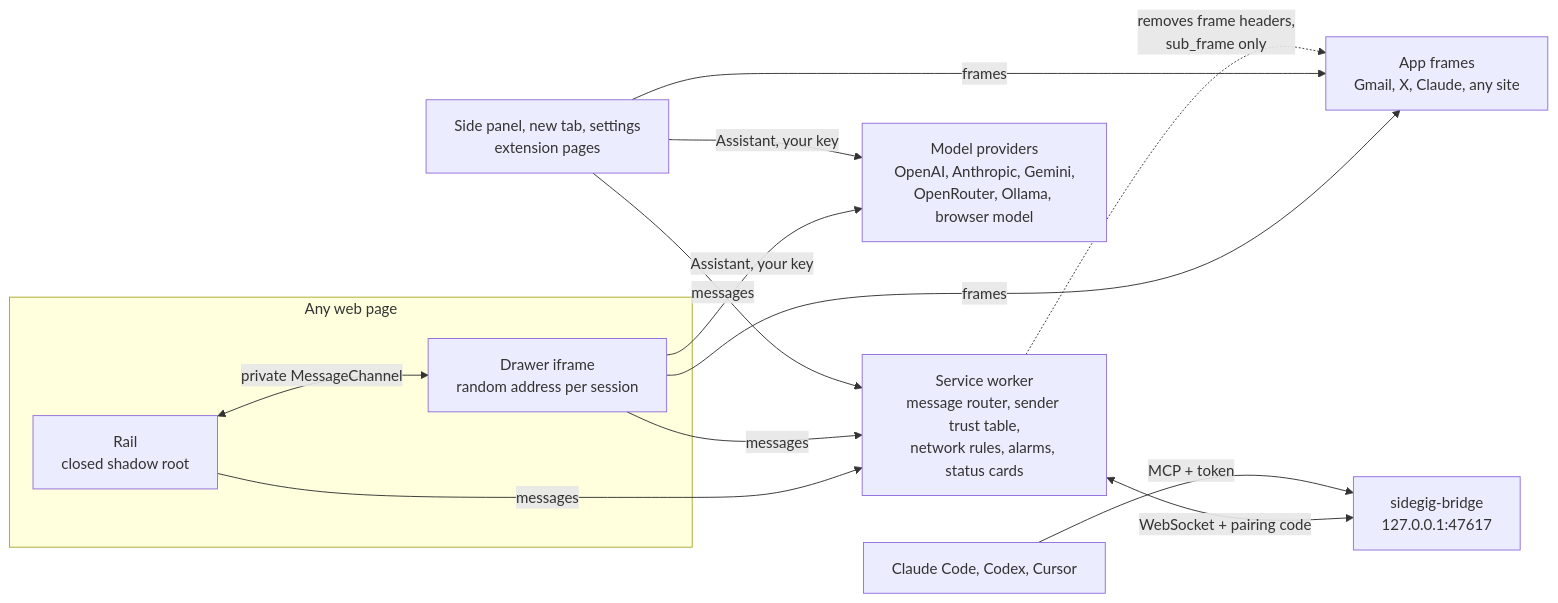
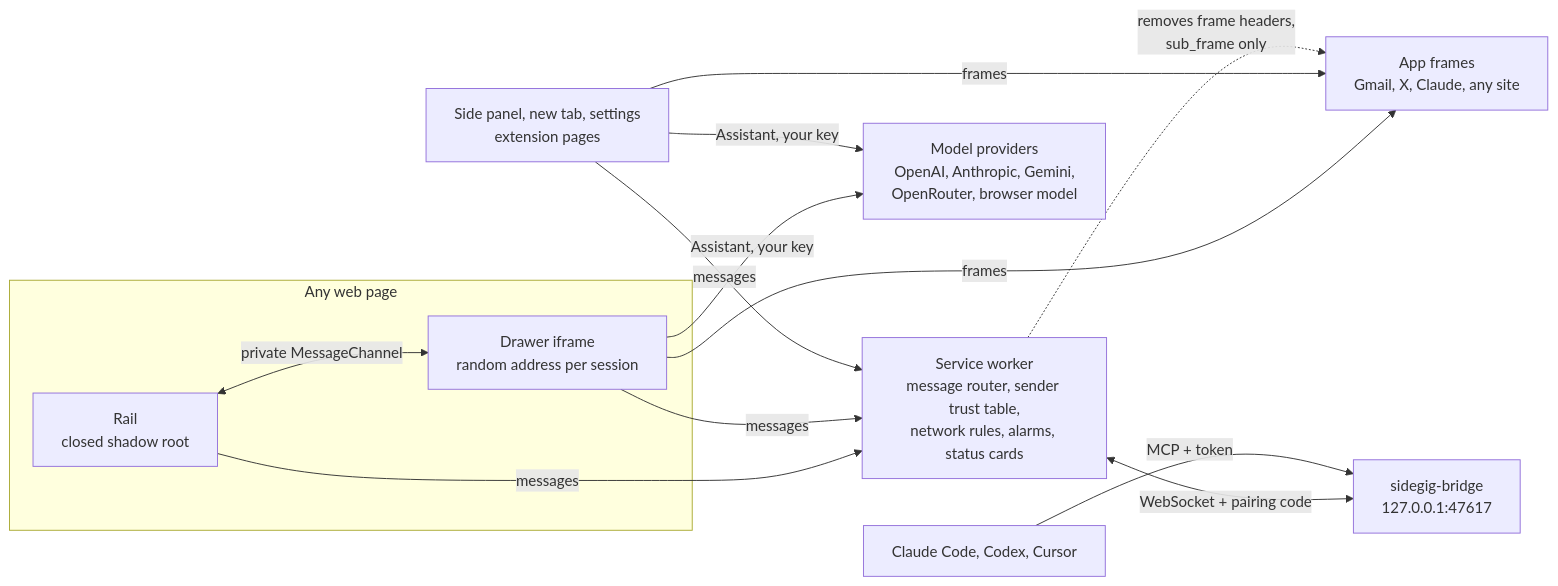
Before and after one commit to neerajbhargav/sidegig: the diagram in README.md, drawn with Mermaid. The commit also changed other lines of this file and 19 other files, not shown here.

First line of the commit message:
Remove local model support (Ollama, LM Studio, servers on this computer)

````diff
--- a/README.md
+++ b/README.md
@@ -41,24 +41,24 @@
 ```mermaid
 flowchart LR
   subgraph page["Any web page"]
     rail["Rail<br/>closed shadow root"]
     drawer["Drawer iframe<br/>random address per session"]
   end
   ui["Side panel, new tab, settings<br/>extension pages"]
   sw["Service worker<br/>message router, sender trust table,<br/>network rules, alarms, status cards"]
   apps["App frames<br/>Gmail, X, Claude, any site"]
-  llm["Model providers<br/>OpenAI, Anthropic, Gemini,<br/>OpenRouter, Ollama, browser model"]
+  llm["Model providers<br/>OpenAI, Anthropic, Gemini,<br/>OpenRouter, browser model"]
   bridge["sidegig-bridge<br/>127.0.0.1:47617"]
   agents["Claude Code, Codex, Cursor"]
   rail <-->|private MessageChannel| drawer
   rail -->|messages| sw
   drawer -->|messages| sw
   ui -->|messages| sw
   drawer -->|frames| apps
   ui -->|frames| apps
   sw -.->|"removes frame headers,<br/>sub_frame only"| apps
   drawer -->|"Assistant, your key"| llm
   ui -->|"Assistant, your key"| llm
   sw <-->|WebSocket + pairing code| bridge
   agents -->|MCP + token| bridge
 ```
````
